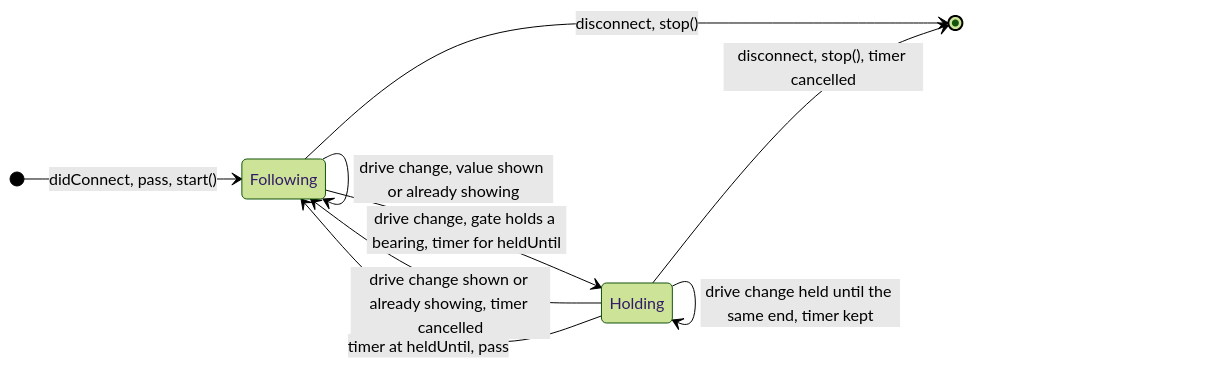
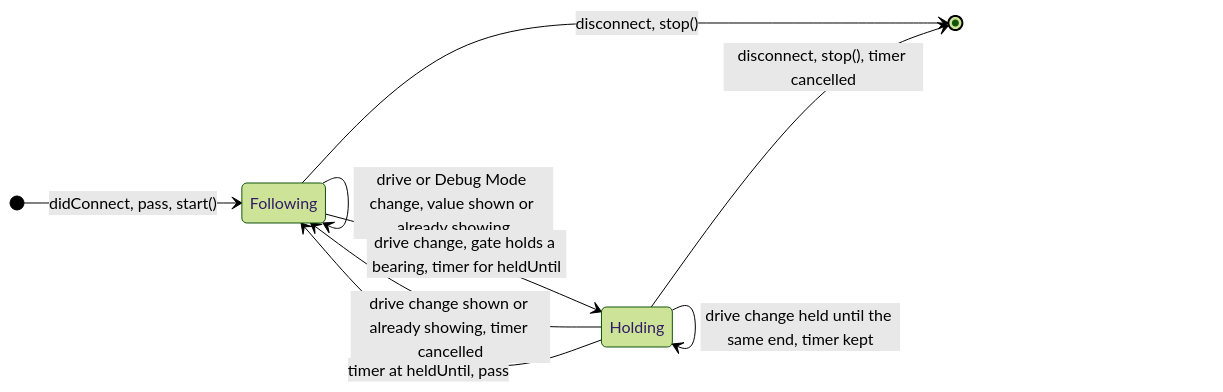
The ninth of 10 diagrams in wiki/Developer-State-Machines.md (lunchbox-labs/Compasslet), drawn with Mermaid (forest theme) before and after one commit. The commit also changed other lines of this file and 3 other files, not shown here.

First line of the commit message:
Cover CarPlay style changes and Debug Mode without the poll

````diff
--- a/wiki/Developer-State-Machines.md
+++ b/wiki/Developer-State-Machines.md
@@ -366,12 +372,12 @@
 ```mermaid
 stateDiagram-v2
     direction LR
     [*] --> Following: didConnect, pass, start()
-    Following --> Following: drive change, value shown or already showing
+    Following --> Following: drive or Debug Mode change, value shown or already showing
     Following --> Holding: drive change, gate holds a bearing, timer for heldUntil
     Holding --> Holding: drive change held until the same end, timer kept
     Holding --> Following: drive change shown or already showing, timer cancelled
     Holding --> Following: timer at heldUntil, pass
     Following --> [*]: disconnect, stop()
     Holding --> [*]: disconnect, stop(), timer cancelled
 ```
````
